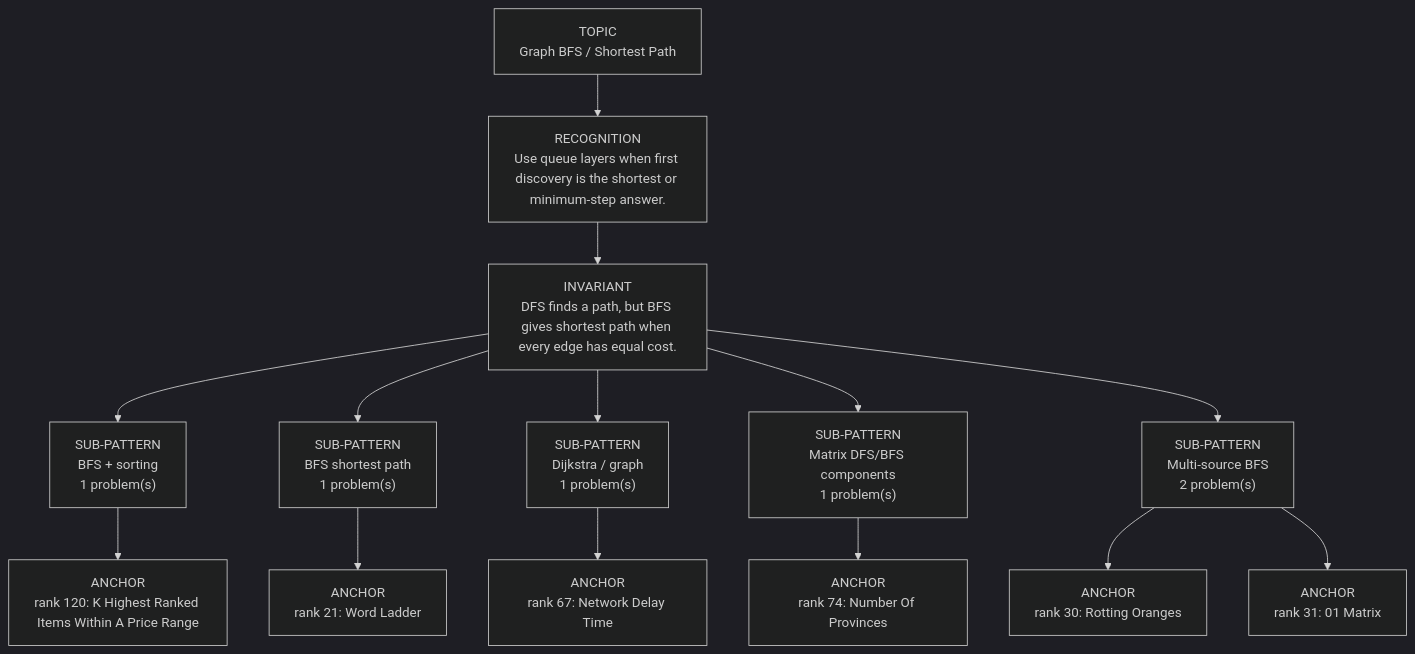
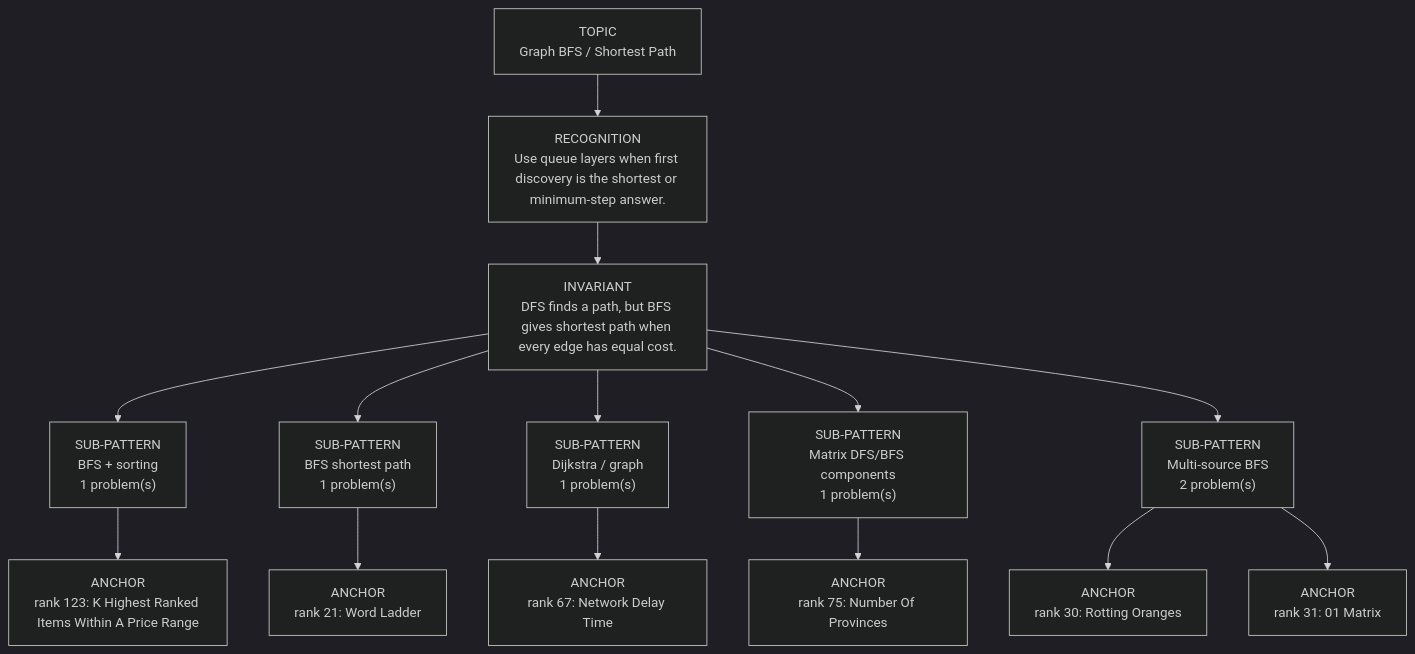
Before and after one commit to thechiranjeevjain/DSA10days: the diagram in dsa-review/interview/patterns/12_graph_bfs.md, drawn with Mermaid (dark theme). The commit also changed other lines of this file and 51 other files, not shown here.

````diff
--- a/dsa-review/interview/patterns/12_graph_bfs.md
+++ b/dsa-review/interview/patterns/12_graph_bfs.md
@@ -15,18 +15,18 @@
 ```mermaid
 flowchart TD
   Topic["TOPIC<br/>Graph BFS / Shortest Path"]
   Recognition["RECOGNITION<br/>Use queue layers when first discovery is the shortest or minimum-step answer."]
   Invariant["INVARIANT<br/>DFS finds a path, but BFS gives shortest path when every edge has equal cost."]
   Topic --> Recognition --> Invariant
   Invariant --> Sub01["SUB-PATTERN<br/>BFS + sorting<br/>1 problem(s)"]
-  Sub01 --> Sub01A01["ANCHOR<br/>rank 120: K Highest Ranked Items Within A Price Range"]
+  Sub01 --> Sub01A01["ANCHOR<br/>rank 123: K Highest Ranked Items Within A Price Range"]
   Invariant --> Sub02["SUB-PATTERN<br/>BFS shortest path<br/>1 problem(s)"]
   Sub02 --> Sub02A01["ANCHOR<br/>rank 21: Word Ladder"]
   Invariant --> Sub03["SUB-PATTERN<br/>Dijkstra / graph<br/>1 problem(s)"]
   Sub03 --> Sub03A01["ANCHOR<br/>rank 67: Network Delay Time"]
   Invariant --> Sub04["SUB-PATTERN<br/>Matrix DFS/BFS components<br/>1 problem(s)"]
-  Sub04 --> Sub04A01["ANCHOR<br/>rank 74: Number Of Provinces"]
+  Sub04 --> Sub04A01["ANCHOR<br/>rank 75: Number Of Provinces"]
   Invariant --> Sub05["SUB-PATTERN<br/>Multi-source BFS<br/>2 problem(s)"]
   Sub05 --> Sub05A01["ANCHOR<br/>rank 30: Rotting Oranges"]
   Sub05 --> Sub05A02["ANCHOR<br/>rank 31: 01 Matrix"]
 ```
````
